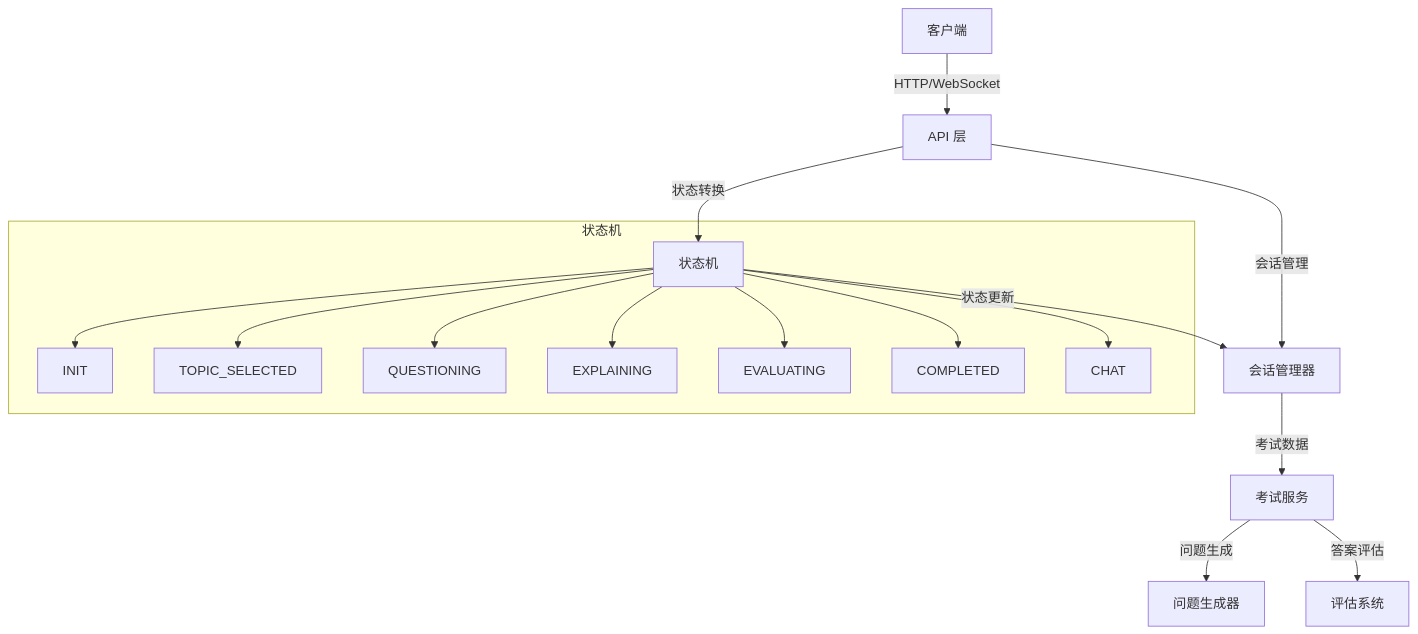
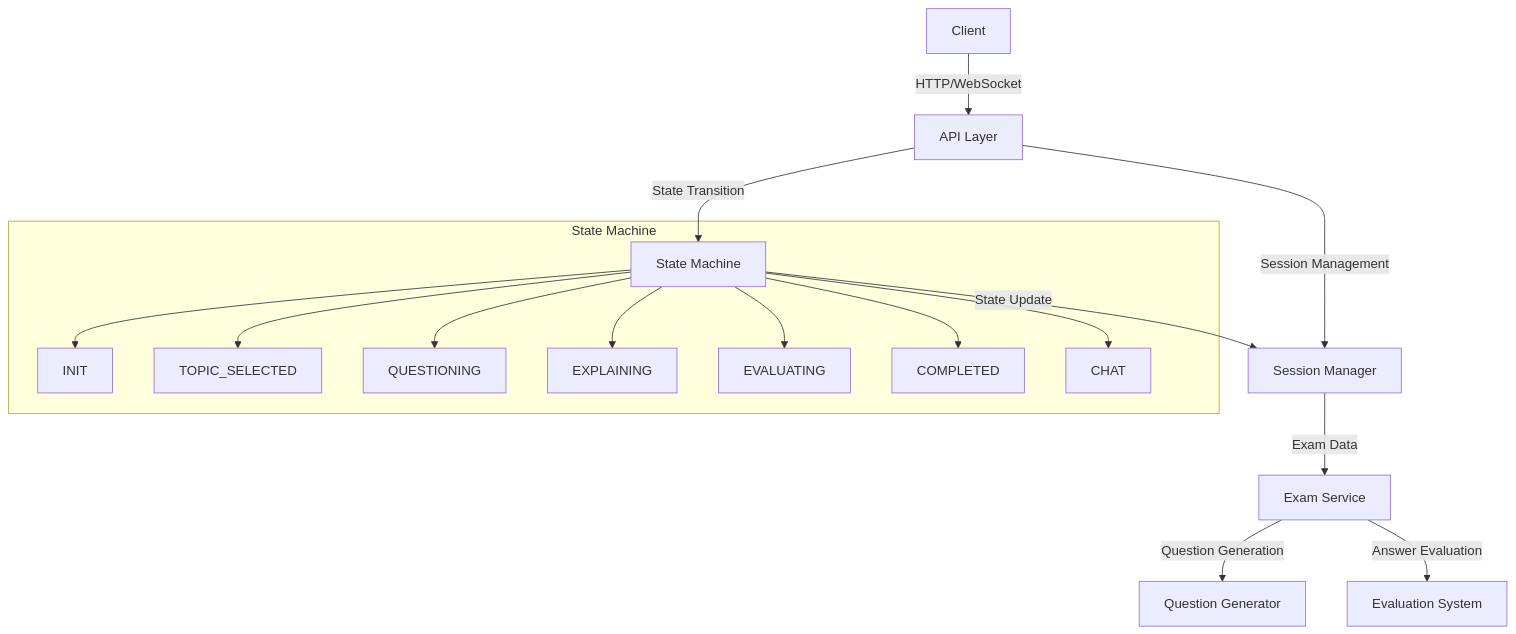
One commit to CHANHaochengZhang/chatexaminer changed the first of 7 diagrams in docs/api.md. Above: the diagram before and after it, drawn with Mermaid. The commit also changed other lines of this file and 13 other files, not shown here.

````diff
--- a/docs/api.md
+++ b/docs/api.md
@@ -26,20 +26,20 @@
 ```mermaid
 graph TD
-    Client[客户端] --> |HTTP/WebSocket| API[API 层]
-    API --> |状态转换| FSM[状态机]
-    API --> |会话管理| SessionMgr[会话管理器]
-    FSM --> |状态更新| SessionMgr
-    SessionMgr --> |考试数据| ExamService[考试服务]
-    ExamService --> |问题生成| QGen[问题生成器]
-    ExamService --> |答案评估| Eval[评估系统]
+    Client[Client] --> |HTTP/WebSocket| API[API Layer]
+    API --> |State Transition| FSM[State Machine]
+    API --> |Session Management| SessionMgr[Session Manager]
+    FSM --> |State Update| SessionMgr
+    SessionMgr --> |Exam Data| ExamService[Exam Service]
+    ExamService --> |Question Generation| QGen[Question Generator]
+    ExamService --> |Answer Evaluation| Eval[Evaluation System]
 
-    subgraph 状态机
+    subgraph State Machine
     FSM --> State1[INIT]
     FSM --> State2[TOPIC_SELECTED]
     FSM --> State3[QUESTIONING]
     FSM --> State4[EXPLAINING]
     FSM --> State5[EVALUATING]
     FSM --> State6[COMPLETED]
     FSM --> State7[CHAT]
     end
 ```
````
